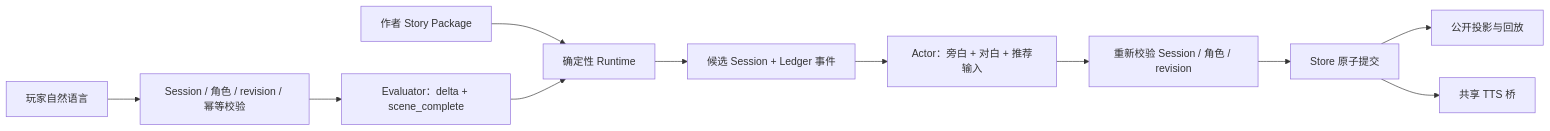
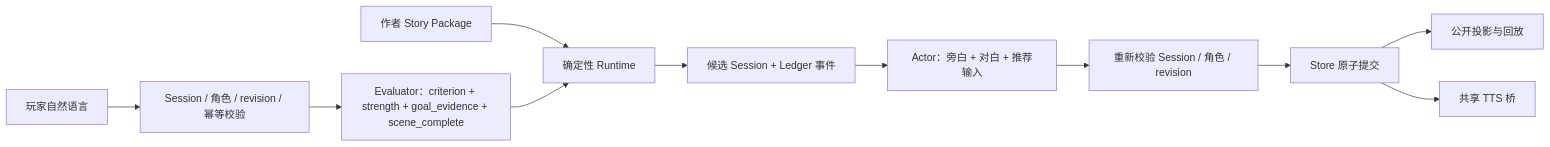
The diagram in docs/design/neko-theater-architecture.md (Krabbypattyl/N.E.K.O), drawn with Mermaid before and after one commit. The commit also changed other lines of this file and 45 other files, not shown here.

````diff
--- a/docs/design/neko-theater-architecture.md
+++ b/docs/design/neko-theater-architecture.md
@@ -41,13 +44,13 @@
 ```mermaid
 flowchart LR
     Input["玩家自然语言"] --> Guard["Session / 角色 / revision / 幂等校验"]
-    Guard --> Eval["Evaluator：delta + scene_complete"]
+    Guard --> Eval["Evaluator：criterion + strength + goal_evidence + scene_complete"]
     Story["作者 Story Package"] --> Runtime["确定性 Runtime"]
     Eval --> Runtime
     Runtime --> Candidate["候选 Session + Ledger 事件"]
     Candidate --> Actor["Actor：旁白 + 对白 + 推荐输入"]
     Actor --> Recheck["重新校验 Session / 角色 / revision"]
     Recheck --> Commit["Store 原子提交"]
     Commit --> UI["公开投影与回放"]
     Commit --> TTS["共享 TTS 桥"]
 ```
````
